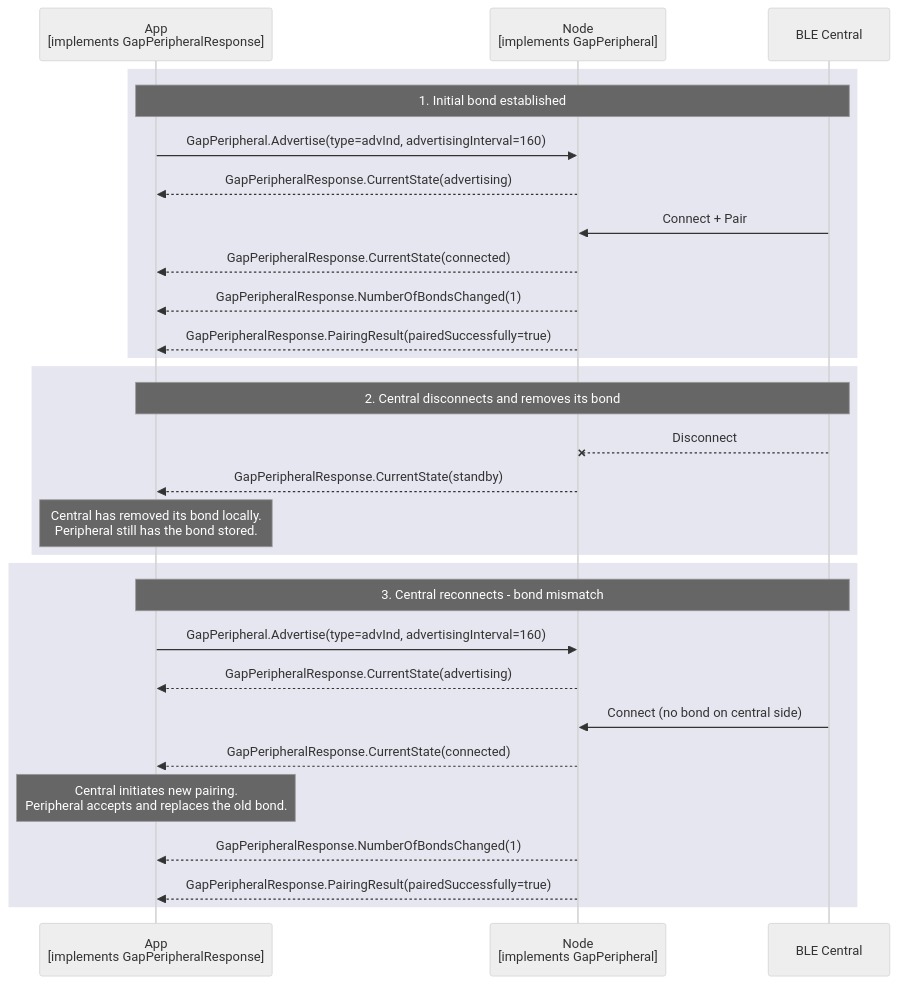
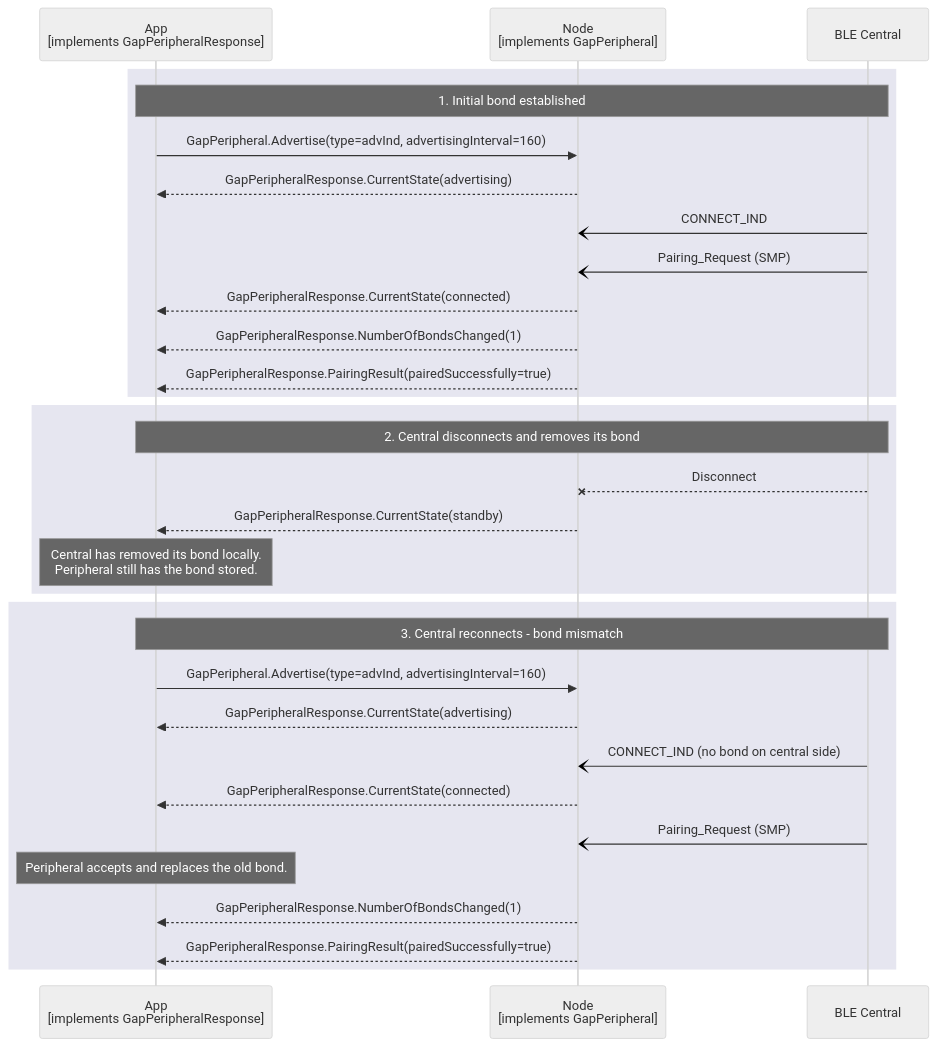
The diagram in documents/modules/ROOT/partials/echoservices/gap_peripheral/GapPeripheral_ReBondAfterBondRemoval_sequence.mmd (philips-software/amp-embedded-infra-lib), drawn with Mermaid (neutral theme) before and after one commit.

Commit message:
highlight LL arrows in rebonding

```diff
--- a/documents/modules/ROOT/partials/echoservices/gap_peripheral/GapPeripheral_ReBondAfterBondRemoval_sequence.mmd
+++ b/documents/modules/ROOT/partials/echoservices/gap_peripheral/GapPeripheral_ReBondAfterBondRemoval_sequence.mmd
@@ -1,35 +1,37 @@
 sequenceDiagram
     participant App as App<br>[implements GapPeripheralResponse]
     participant Node as Node<br>[implements GapPeripheral]
     participant Central as BLE Central
 
     rect rgb(230, 230, 240)
         note over App, Central: 1. Initial bond established
         App->>Node: GapPeripheral.Advertise(type=advInd, advertisingInterval=160)
         Node-->>App: GapPeripheralResponse.CurrentState(advertising)
-        Central->>Node: Connect + Pair
+        Central-)Node: CONNECT_IND
+        Central-)Node: Pairing_Request (SMP)
         Node-->>App: GapPeripheralResponse.CurrentState(connected)
         Node-->>App: GapPeripheralResponse.NumberOfBondsChanged(1)
         Node-->>App: GapPeripheralResponse.PairingResult(pairedSuccessfully=true)
     end
 
     rect rgb(230, 230, 240)
         note over App, Central: 2. Central disconnects and removes its bond
         Central--xNode: Disconnect
         Node-->>App: GapPeripheralResponse.CurrentState(standby)
 
         Note over App: Central has removed its bond locally.<br>Peripheral still has the bond stored.
     end
 
     rect rgb(230, 230, 240)
         note over App, Central: 3. Central reconnects - bond mismatch
         App->>Node: GapPeripheral.Advertise(type=advInd, advertisingInterval=160)
         Node-->>App: GapPeripheralResponse.CurrentState(advertising)
-        Central->>Node: Connect (no bond on central side)
+        Central-)Node: CONNECT_IND (no bond on central side)
         Node-->>App: GapPeripheralResponse.CurrentState(connected)
 
-        Note over App: Central initiates new pairing.<br>Peripheral accepts and replaces the old bond.
+        Central-)Node: Pairing_Request (SMP)
+        Note over App: Peripheral accepts and replaces the old bond.
 
         Node-->>App: GapPeripheralResponse.NumberOfBondsChanged(1)
         Node-->>App: GapPeripheralResponse.PairingResult(pairedSuccessfully=true)
     end
```
